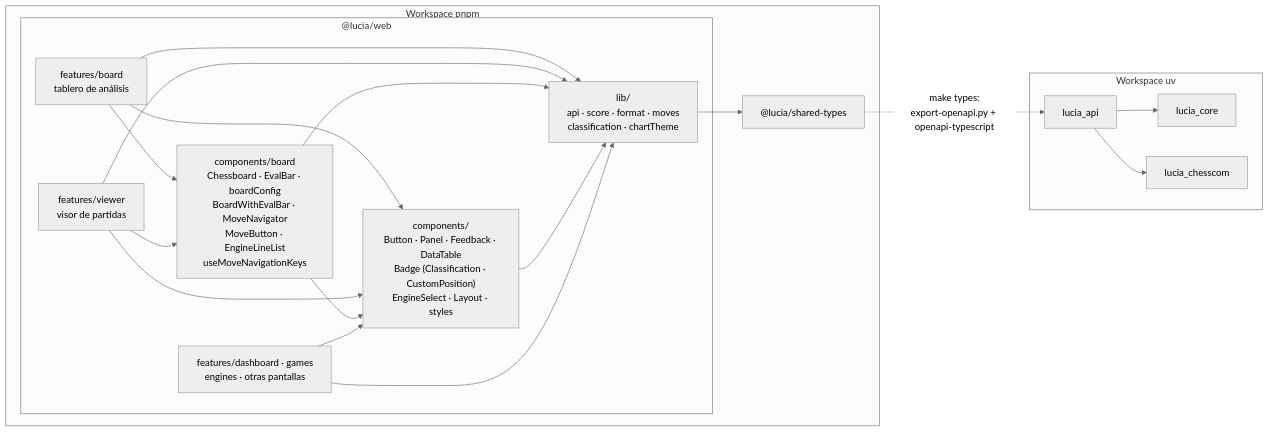
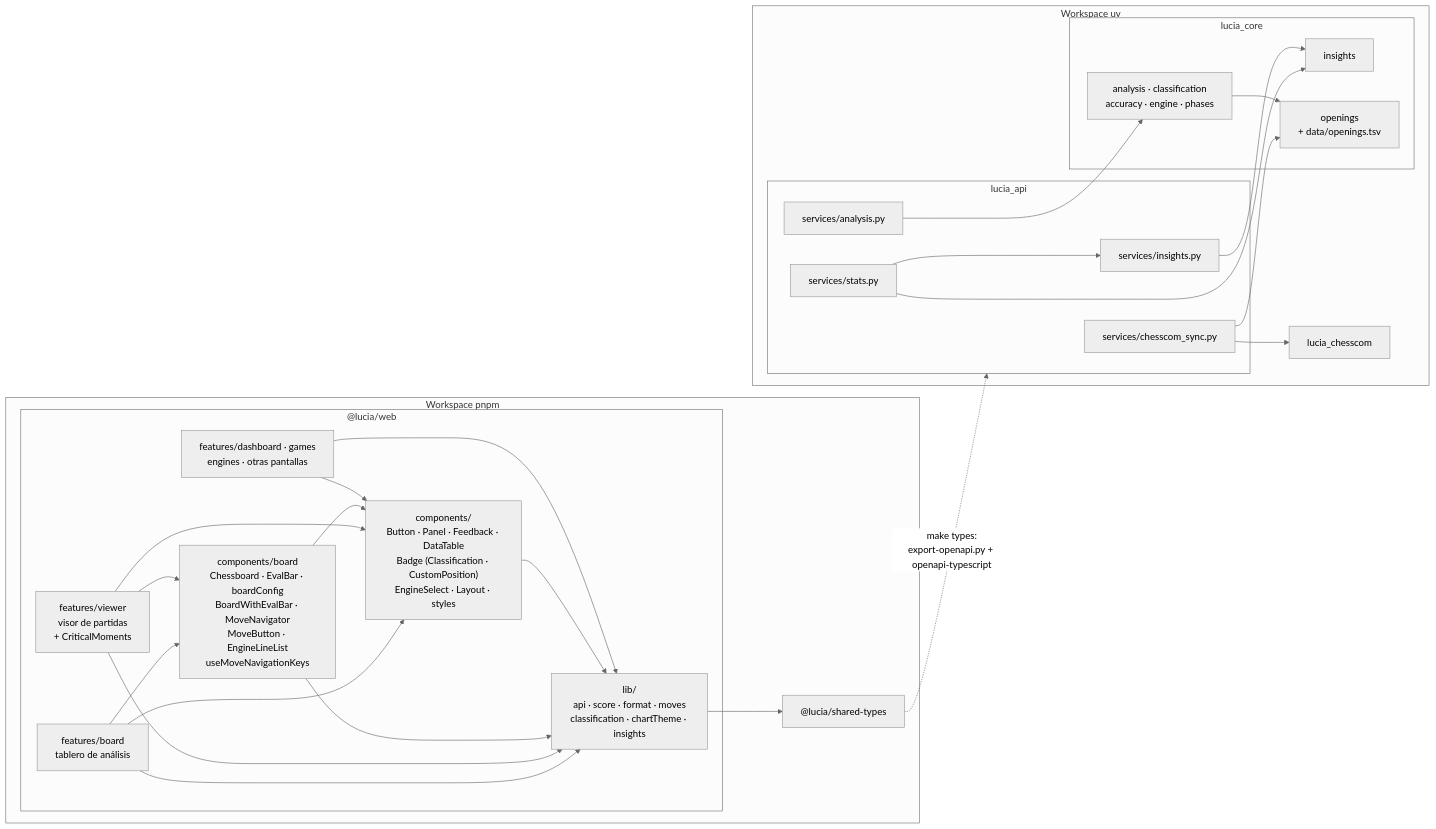
One commit to SirJsus/LUCIA changed the second of 7 diagrams in docs/06-mapa-del-proyecto.md. Above: the diagram before and after it, drawn with Mermaid (neutral theme). The commit also changed other lines of this file and 42 other files, not shown here.

````diff
--- a/docs/06-mapa-del-proyecto.md
+++ b/docs/06-mapa-del-proyecto.md
@@ -68,36 +77,50 @@
 ```mermaid
 graph LR
     subgraph JS["Workspace pnpm"]
         subgraph WEB["@lucia/web"]
             board["features/board<br/>tablero de análisis"]
-            viewer["features/viewer<br/>visor de partidas"]
+            viewer["features/viewer<br/>visor de partidas<br/>+ CriticalMoments"]
             screens["features/dashboard · games<br/>engines · otras pantallas"]
             boardui["components/board<br/>Chessboard · EvalBar · boardConfig<br/>BoardWithEvalBar · MoveNavigator<br/>MoveButton · EngineLineList<br/>useMoveNavigationKeys"]
             ui["components/<br/>Button · Panel · Feedback · DataTable<br/>Badge (Classification · CustomPosition)<br/>EngineSelect · Layout · styles"]
-            lib["lib/<br/>api · score · format · moves<br/>classification · chartTheme"]
+            lib["lib/<br/>api · score · format · moves<br/>classification · chartTheme · insights"]
         end
         types["@lucia/shared-types"]
     end
 
     subgraph PY["Workspace uv"]
-        api["lucia_api"]
-        core["lucia_core"]
+        subgraph API["lucia_api"]
+            api_sync["services/chesscom_sync.py"]
+            api_analysis["services/analysis.py"]
+            api_stats["services/stats.py"]
+            api_insights["services/insights.py"]
+        end
+        subgraph CORE["lucia_core"]
+            core_analysis["analysis · classification<br/>accuracy · engine · phases"]
+            core_insights["insights"]
+            core_openings["openings<br/>+ data/openings.tsv"]
+        end
         chesscom["lucia_chesscom"]
     end
 
     board --> boardui
     viewer --> boardui
     board --> ui
     viewer --> ui
     boardui --> ui
     screens --> ui
     board --> lib
     viewer --> lib
     boardui --> lib
     ui --> lib
     screens --> lib
     lib --> types
-    api --> core
-    api --> chesscom
-    types -. "make types:<br/>export-openapi.py + openapi-typescript" .-> api
+    api_sync --> chesscom
+    api_sync --> core_openings
+    api_analysis --> core_analysis
+    core_analysis --> core_openings
+    api_stats --> api_insights
+    api_stats --> core_insights
+    api_insights --> core_insights
+    types -. "make types:<br/>export-openapi.py + openapi-typescript" .-> API
 ```
````
